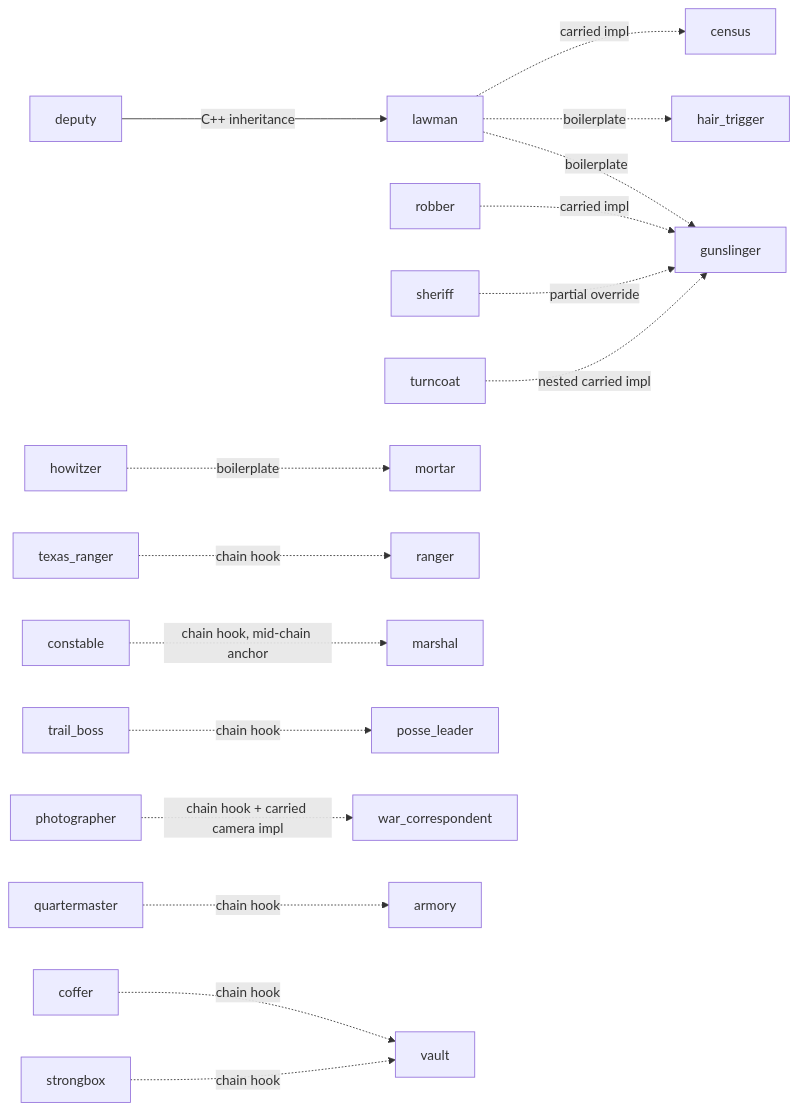
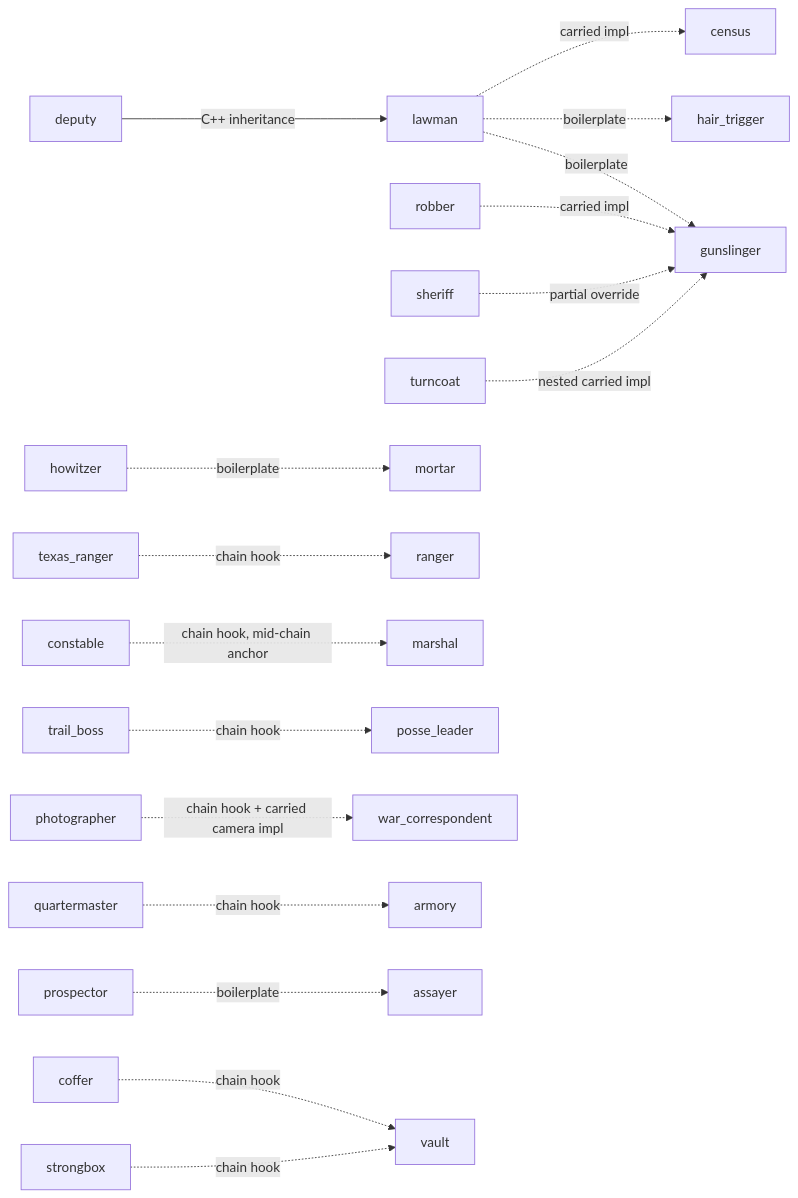
Before and after one commit to stevensudit/Corvid: the fifth of 5 diagrams in corvid/meta/proxy.md, drawn with Mermaid. The commit also changed other lines of this file and 2 other files, not shown here.

````diff
--- a/corvid/meta/proxy.md
+++ b/corvid/meta/proxy.md
@@ -1450,17 +1504,18 @@
 ```mermaid
 flowchart LR
     lawman -.->|boilerplate| gunslinger & hair_trigger
     lawman -.->|carried impl| census
     deputy -->|C++ inheritance| lawman
     robber -.->|carried impl| gunslinger
     sheriff -.->|partial override| gunslinger
     turncoat -.->|nested carried impl| gunslinger
     howitzer -.->|boilerplate| mortar
     texas_ranger -.->|chain hook| ranger
     constable -.->|"chain hook, mid-chain anchor"| marshal
     trail_boss -.->|chain hook| posse_leader
     photographer -.->|"chain hook + carried camera impl"| war_correspondent
     quartermaster -.->|chain hook| armory
+    prospector -.->|boilerplate| assayer
     strongbox -.->|chain hook| vault
     coffer -.->|chain hook| vault
 ```
````
